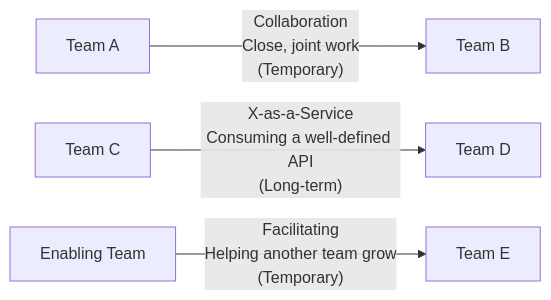
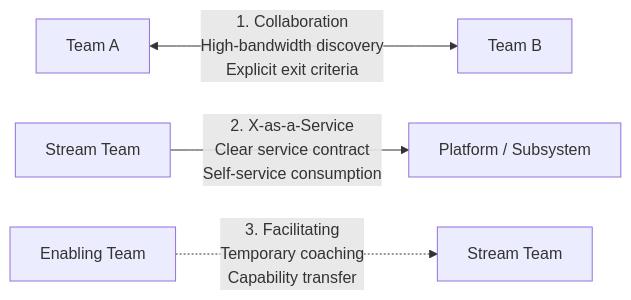
The second of 2 diagrams in docs/04.02-team-topologies.md (nitinkc/PrincipalEngineer_InterviewGuide), drawn with Mermaid before and after one commit. The commit also changed other lines of this file and 27 other files, not shown here.

````diff
--- a/docs/04.02-team-topologies.md
+++ b/docs/04.02-team-topologies.md
@@ -131,6 +84,6 @@
 ```mermaid
 graph LR
-    T1[Team A] -->|"Collaboration\nClose, joint work\n(Temporary)"| T2[Team B]
-    T3[Team C] -->|"X-as-a-Service\nConsuming a well-defined API\n(Long-term)"| T4[Team D]
-    T5[Enabling Team] -->|"Facilitating\nHelping another team grow\n(Temporary)"| T6[Team E]
+    A["Team A"] <-->|"1. Collaboration<br/>High-bandwidth discovery<br/>Explicit exit criteria"| B["Team B"]
+    C["Stream Team"] -->|"2. X-as-a-Service<br/>Clear service contract<br/>Self-service consumption"| D["Platform / Subsystem"]
+    E["Enabling Team"] -.->|"3. Facilitating<br/>Temporary coaching<br/>Capability transfer"| F["Stream Team"]
 ```
````
